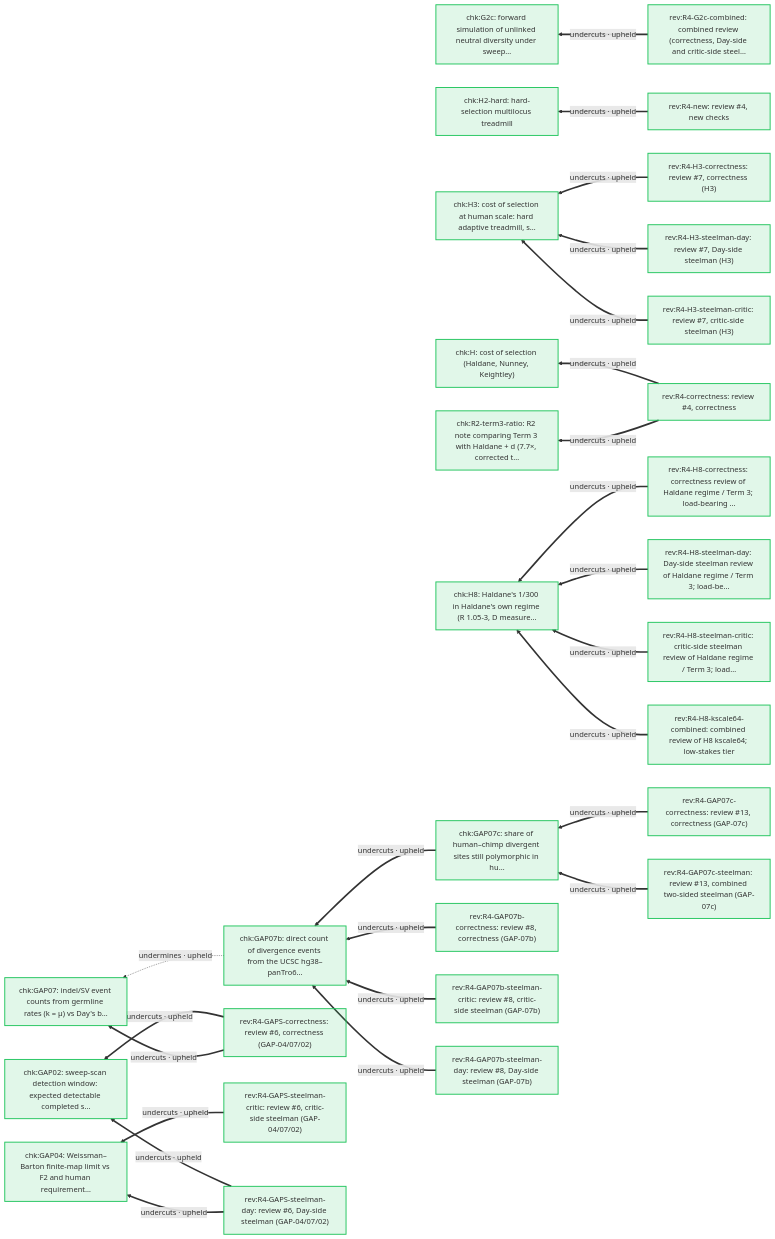
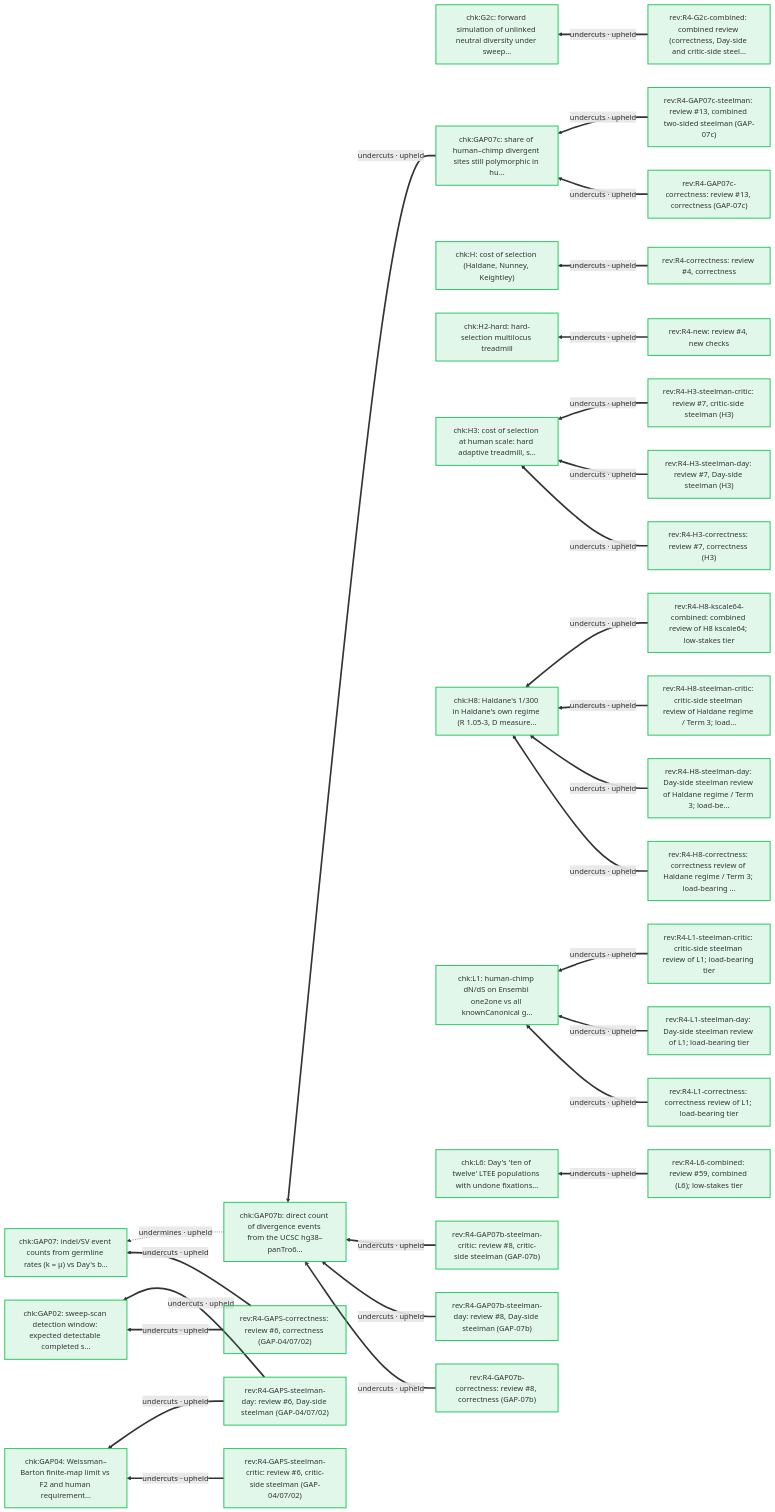
One commit to nickallevato/evo-sim changed diagram 19 of 20 in docs/arguments/defeaters.md. Above: the diagram before and after it, drawn with Mermaid. The commit also changed other lines of this file and 25 other files, not shown here.

````diff
--- a/docs/arguments/defeaters.md
+++ b/docs/arguments/defeaters.md
@@ -1057,60 +1058,68 @@
 ```mermaid
 flowchart RL
   classDef day fill:#f59e0b22,stroke:#f59e0b,stroke-width:2px
   classDef ally fill:#d9770622,stroke:#d97706,stroke-width:2px
   classDef critic fill:#3b82f622,stroke:#3b82f6,stroke-width:2px
   classDef literature fill:#a3a3a322,stroke:#a3a3a3,stroke-width:2px
   classDef audit fill:#22c55e22,stroke:#22c55e,stroke-width:2px
   chk_G2c["chk:G2c: forward simulation of unlinked neutral diversity under sweep…"]:::audit
   chk_GAP02["chk:GAP02: sweep-scan detection window: expected detectable completed s…"]:::audit
   chk_GAP04["chk:GAP04: Weissman–Barton finite-map limit vs F2 and human requirement…"]:::audit
   chk_GAP07["chk:GAP07: indel/SV event counts from germline rates (k = μ) vs Day's b…"]:::audit
   chk_GAP07b["chk:GAP07b: direct count of divergence events from the UCSC hg38–panTro6…"]:::audit
   chk_GAP07c["chk:GAP07c: share of human–chimp divergent sites still polymorphic in hu…"]:::audit
   chk_H["chk:H: cost of selection (Haldane, Nunney, Keightley)"]:::audit
   chk_H2_hard["chk:H2-hard: hard-selection multilocus treadmill"]:::audit
   chk_H3["chk:H3: cost of selection at human scale: hard adaptive treadmill, s…"]:::audit
   chk_H8["chk:H8: Haldane's 1/300 in Haldane's own regime (R 1.05-3, D measure…"]:::audit
-  chk_R2_term3_ratio["chk:R2-term3-ratio: R2 note comparing Term 3 with Haldane + d (7.7×, corrected t…"]:::audit
+  chk_L1["chk:L1: human-chimp dN/dS on Ensembl one2one vs all knownCanonical g…"]:::audit
+  chk_L6["chk:L6: Day's 'ten of twelve' LTEE populations with undone fixations…"]:::audit
   rev_R4_G2c_combined["rev:R4-G2c-combined: combined review (correctness, Day-side and critic-side steel…"]:::audit
   rev_R4_GAP07b_correctness["rev:R4-GAP07b-correctness: review #8, correctness (GAP-07b)"]:::audit
   rev_R4_GAP07b_steelman_critic["rev:R4-GAP07b-steelman-critic: review #8, critic-side steelman (GAP-07b)"]:::audit
   rev_R4_GAP07b_steelman_day["rev:R4-GAP07b-steelman-day: review #8, Day-side steelman (GAP-07b)"]:::audit
   rev_R4_GAP07c_correctness["rev:R4-GAP07c-correctness: review #13, correctness (GAP-07c)"]:::audit
   rev_R4_GAP07c_steelman["rev:R4-GAP07c-steelman: review #13, combined two-sided steelman (GAP-07c)"]:::audit
   rev_R4_GAPS_correctness["rev:R4-GAPS-correctness: review #6, correctness (GAP-04/07/02)"]:::audit
   rev_R4_GAPS_steelman_critic["rev:R4-GAPS-steelman-critic: review #6, critic-side steelman (GAP-04/07/02)"]:::audit
   rev_R4_GAPS_steelman_day["rev:R4-GAPS-steelman-day: review #6, Day-side steelman (GAP-04/07/02)"]:::audit
   rev_R4_H3_correctness["rev:R4-H3-correctness: review #7, correctness (H3)"]:::audit
   rev_R4_H3_steelman_critic["rev:R4-H3-steelman-critic: review #7, critic-side steelman (H3)"]:::audit
   rev_R4_H3_steelman_day["rev:R4-H3-steelman-day: review #7, Day-side steelman (H3)"]:::audit
   rev_R4_H8_correctness["rev:R4-H8-correctness: correctness review of Haldane regime / Term 3; load-bearing …"]:::audit
   rev_R4_H8_kscale64_combined["rev:R4-H8-kscale64-combined: combined review of H8 kscale64; low-stakes tier"]:::audit
   rev_R4_H8_steelman_critic["rev:R4-H8-steelman-critic: critic-side steelman review of Haldane regime / Term 3; load…"]:::audit
   rev_R4_H8_steelman_day["rev:R4-H8-steelman-day: Day-side steelman review of Haldane regime / Term 3; load-be…"]:::audit
+  rev_R4_L1_correctness["rev:R4-L1-correctness: correctness review of L1; load-bearing tier"]:::audit
+  rev_R4_L1_steelman_critic["rev:R4-L1-steelman-critic: critic-side steelman review of L1; load-bearing tier"]:::audit
+  rev_R4_L1_steelman_day["rev:R4-L1-steelman-day: Day-side steelman review of L1; load-bearing tier"]:::audit
+  rev_R4_L6_combined["rev:R4-L6-combined: review #59, combined (L6); low-stakes tier"]:::audit
   rev_R4_correctness["rev:R4-correctness: review #4, correctness"]:::audit
   rev_R4_new["rev:R4-new: review #4, new checks"]:::audit
   rev_R4_G2c_combined ==>|"undercuts · upheld"| chk_G2c
   rev_R4_GAPS_correctness ==>|"undercuts · upheld"| chk_GAP02
   rev_R4_GAPS_steelman_day ==>|"undercuts · upheld"| chk_GAP02
   rev_R4_GAPS_steelman_critic ==>|"undercuts · upheld"| chk_GAP04
   rev_R4_GAPS_steelman_day ==>|"undercuts · upheld"| chk_GAP04
   rev_R4_GAPS_correctness ==>|"undercuts · upheld"| chk_GAP07
   chk_GAP07b -.->|"undermines · upheld"| chk_GAP07
   rev_R4_GAP07b_correctness ==>|"undercuts · upheld"| chk_GAP07b
   rev_R4_GAP07b_steelman_day ==>|"undercuts · upheld"| chk_GAP07b
   rev_R4_GAP07b_steelman_critic ==>|"undercuts · upheld"| chk_GAP07b
   chk_GAP07c ==>|"undercuts · upheld"| chk_GAP07b
   rev_R4_GAP07c_correctness ==>|"undercuts · upheld"| chk_GAP07c
   rev_R4_GAP07c_steelman ==>|"undercuts · upheld"| chk_GAP07c
   rev_R4_correctness ==>|"undercuts · upheld"| chk_H
   rev_R4_new ==>|"undercuts · upheld"| chk_H2_hard
   rev_R4_H3_correctness ==>|"undercuts · upheld"| chk_H3
   rev_R4_H3_steelman_day ==>|"undercuts · upheld"| chk_H3
   rev_R4_H3_steelman_critic ==>|"undercuts · upheld"| chk_H3
   rev_R4_H8_correctness ==>|"undercuts · upheld"| chk_H8
   rev_R4_H8_steelman_day ==>|"undercuts · upheld"| chk_H8
   rev_R4_H8_steelman_critic ==>|"undercuts · upheld"| chk_H8
   rev_R4_H8_kscale64_combined ==>|"undercuts · upheld"| chk_H8
-  rev_R4_correctness ==>|"undercuts · upheld"| chk_R2_term3_ratio
+  rev_R4_L1_correctness ==>|"undercuts · upheld"| chk_L1
+  rev_R4_L1_steelman_day ==>|"undercuts · upheld"| chk_L1
+  rev_R4_L1_steelman_critic ==>|"undercuts · upheld"| chk_L1
+  rev_R4_L6_combined ==>|"undercuts · upheld"| chk_L6
 ```
````
